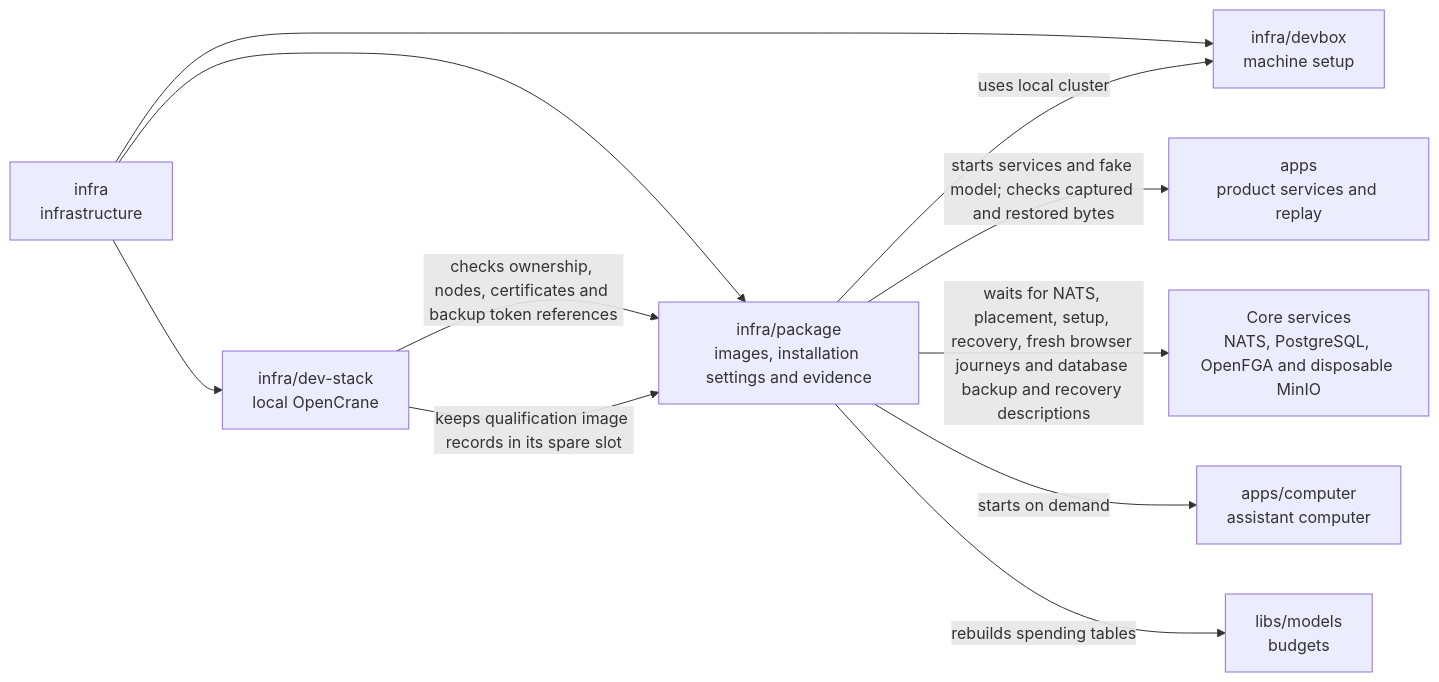
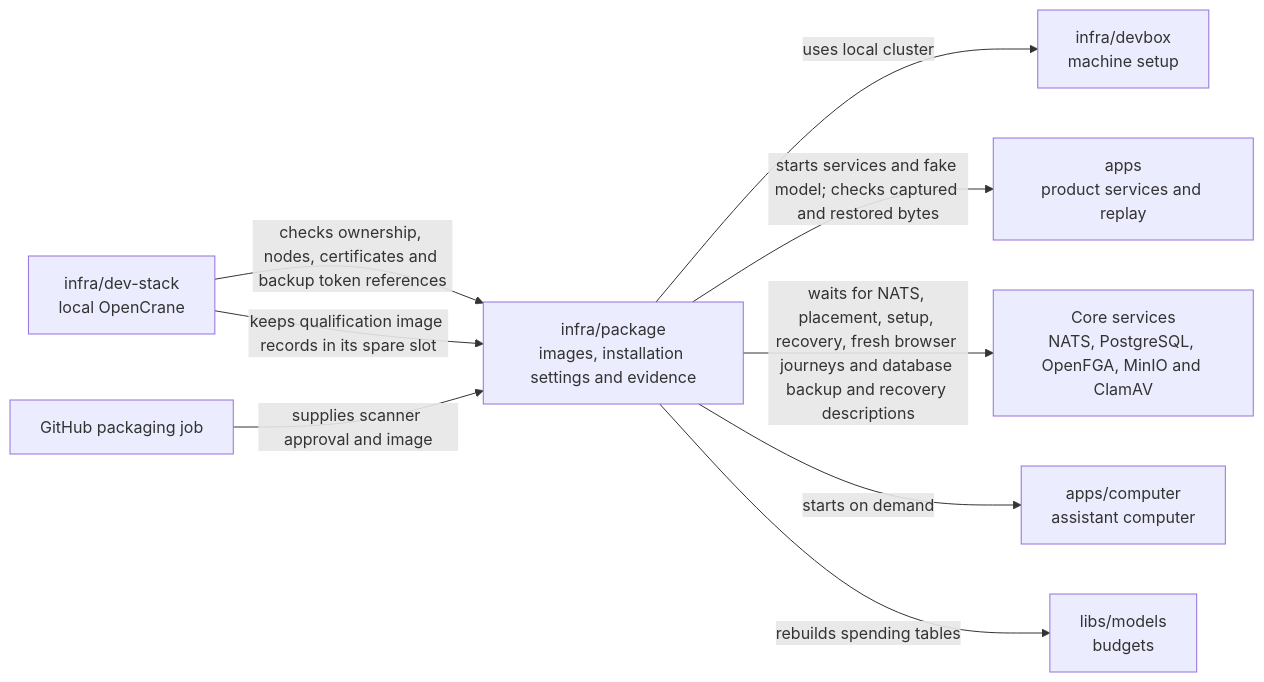
Before and after one commit to elewa-git/opencrane-new: the diagram in infra/package/README.md, drawn with Mermaid. The commit also changed other lines of this file and 96 other files, not shown here.

First line of the commit message:
🛡️ The package stores uploaded files and checks them with its own virus scanner (#1120)

````diff
--- a/infra/package/README.md
+++ b/infra/package/README.md
@@ -19,13 +19,11 @@
 ```mermaid
 flowchart LR
-  infra["infra<br/>infrastructure"] --> package["infra/package<br/>images, installation settings and evidence"]
-  infra --> stack["infra/dev-stack<br/>local OpenCrane"]
-  infra --> devbox["infra/devbox<br/>machine setup"]
-  stack -->|checks ownership, nodes, certificates and backup token references| package
-  package -->|uses local cluster| devbox
+  stack["infra/dev-stack<br/>local OpenCrane"] -->|checks ownership, nodes, certificates and backup token references| package["infra/package<br/>images, installation settings and evidence"]
+  package -->|uses local cluster| devbox["infra/devbox<br/>machine setup"]
   package -->|starts services and fake model; checks captured and restored bytes| apps["apps<br/>product services and replay"]
-  package -->|waits for NATS, placement, setup, recovery, fresh browser journeys and database backup and recovery descriptions| services["Core services<br/>NATS, PostgreSQL, OpenFGA and disposable MinIO"]
+  packaging["GitHub packaging job"] -->|supplies scanner approval and image| package
+  package -->|waits for NATS, placement, setup, recovery, fresh browser journeys and database backup and recovery descriptions| services["Core services<br/>NATS, PostgreSQL, OpenFGA, MinIO and ClamAV"]
   package -->|starts on demand| computer["apps/computer<br/>assistant computer"]
   package -->|rebuilds spending tables| models["libs/models<br/>budgets"]
   stack -->|keeps qualification image records in its spare slot| package
 ```
````
